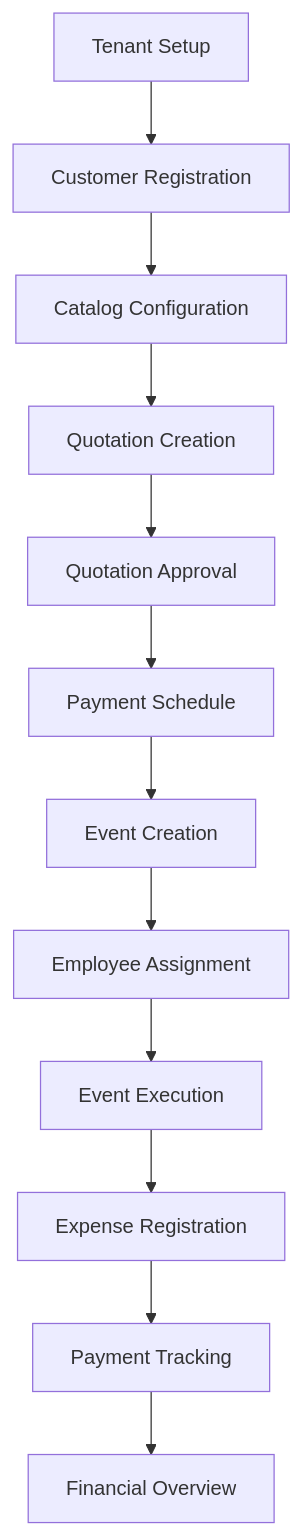
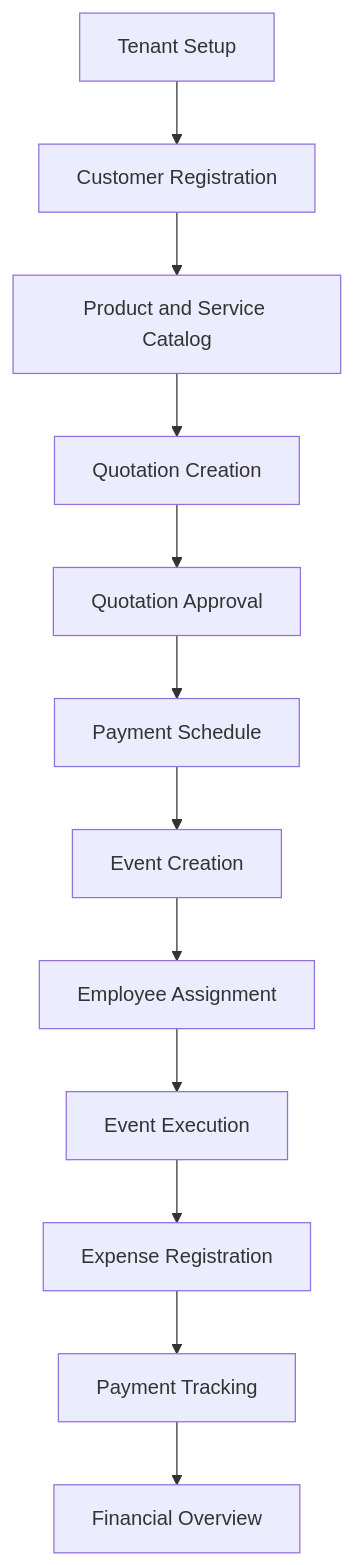
Before and after one commit to suarestalles/caterflow: the diagram in docs/development/ROADMAP.md, drawn with Mermaid. The commit also changed other lines of this file and 8 other files, not shown here.

````diff
--- a/docs/development/ROADMAP.md
+++ b/docs/development/ROADMAP.md
@@ -795,14 +788,14 @@
-```mermaid id="x2m7qk"
+```mermaid
 flowchart TD
-    A["Tenant Setup"] --> B["Customer Registration"]
-    B --> C["Catalog Configuration"]
-    C --> D["Quotation Creation"]
-    D --> E["Quotation Approval"]
-    E --> F["Payment Schedule"]
-    F --> G["Event Creation"]
-    G --> H["Employee Assignment"]
-    H --> I["Event Execution"]
-    I --> J["Expense Registration"]
-    J --> K["Payment Tracking"]
-    K --> L["Financial Overview"]
+    A[Tenant Setup] --> B[Customer Registration]
+    B --> C[Product and Service Catalog]
+    C --> D[Quotation Creation]
+    D --> E[Quotation Approval]
+    E --> F[Payment Schedule]
+    F --> G[Event Creation]
+    G --> H[Employee Assignment]
+    H --> I[Event Execution]
+    I --> J[Expense Registration]
+    J --> K[Payment Tracking]
+    K --> L[Financial Overview]
 ```
````
